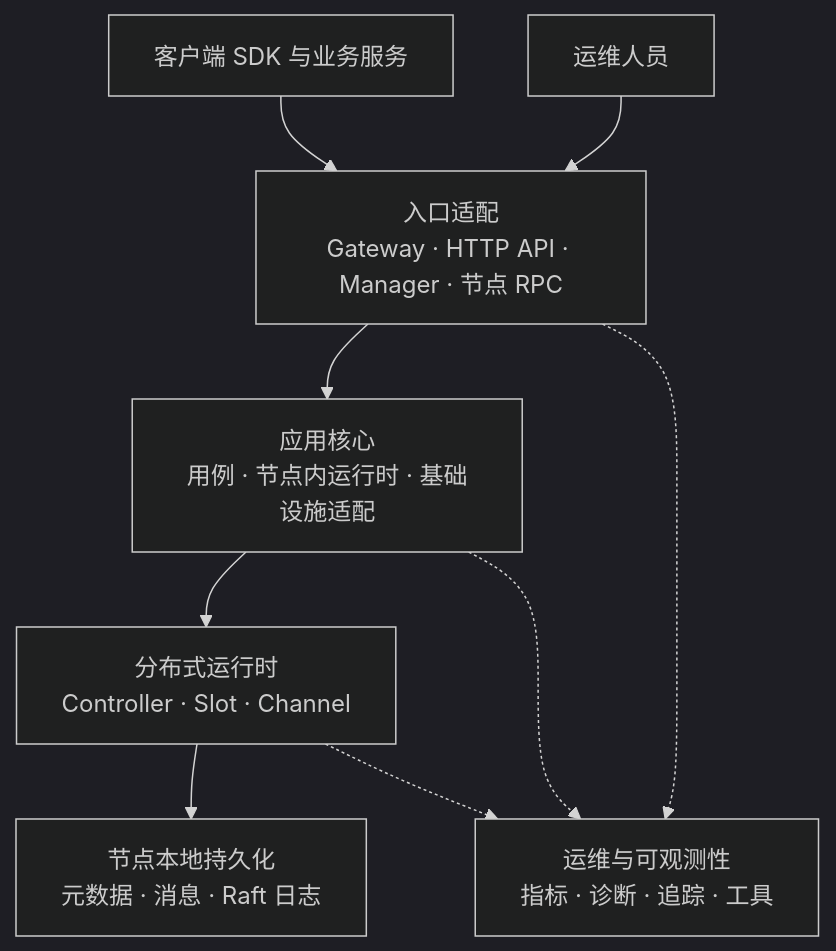
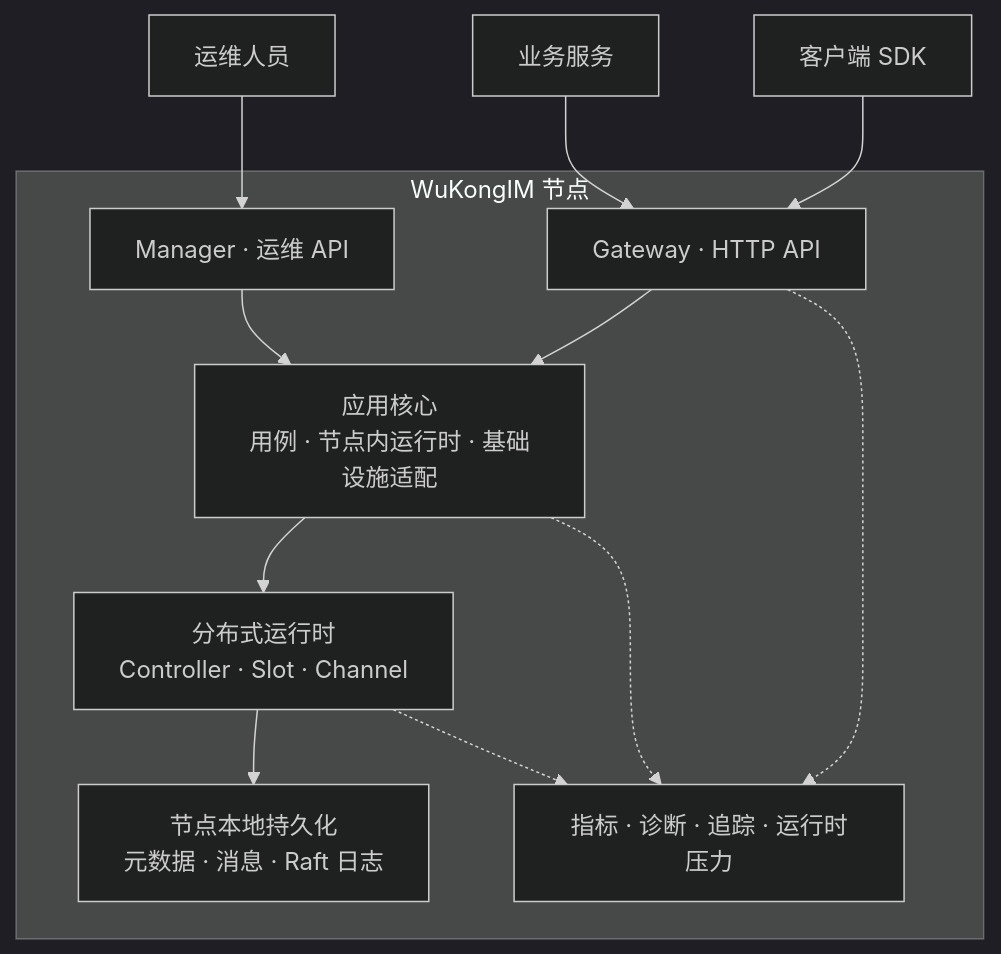
Before and after one commit to WuKongIM/WuKongIM: the first of 2 diagrams in README_CN.md, drawn with Mermaid (dark theme). The commit also changed other lines of this file and 5 other files, not shown here.

````diff
--- a/README_CN.md
+++ b/README_CN.md
@@ -126,19 +129,23 @@
 ```mermaid
 flowchart TB
-    Client["客户端 SDK 与业务服务"]
-    Operator["运维人员"]
-    Access["入口适配<br/>Gateway · HTTP API · Manager · 节点 RPC"]
-    Core["应用核心<br/>用例 · 节点内运行时 · 基础设施适配"]
-    Cluster["分布式运行时<br/>Controller · Slot · Channel"]
-    Storage["节点本地持久化<br/>元数据 · 消息 · Raft 日志"]
-    Observe["运维与可观测性<br/>指标 · 诊断 · 追踪 · 工具"]
+    Clients["客户端 SDK"] --> Access
+    Services["业务服务"] --> Access
+    Operators["运维人员"] --> Manager
 
-    Client --> Access
-    Operator --> Access
-    Access --> Core
-    Core --> Cluster
-    Cluster --> Storage
-    Access -.-> Observe
-    Core -.-> Observe
-    Cluster -.-> Observe
+    subgraph Node["WuKongIM 节点"]
+        Access["Gateway · HTTP API"]
+        Manager["Manager · 运维 API"]
+        Core["应用核心<br/>用例 · 节点内运行时 · 基础设施适配"]
+        Cluster["分布式运行时<br/>Controller · Slot · Channel"]
+        Storage["节点本地持久化<br/>元数据 · 消息 · Raft 日志"]
+        Observe["指标 · 诊断 · 追踪 · 运行时压力"]
+
+        Access --> Core
+        Manager --> Core
+        Core --> Cluster
+        Cluster --> Storage
+        Access -.-> Observe
+        Core -.-> Observe
+        Cluster -.-> Observe
+    end
 ```
````
